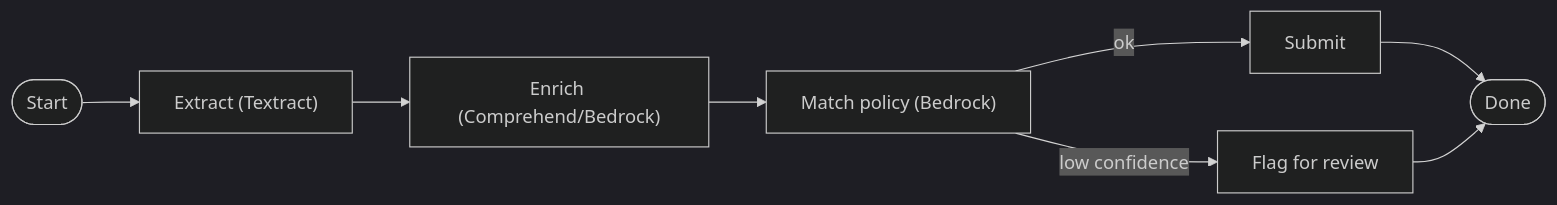
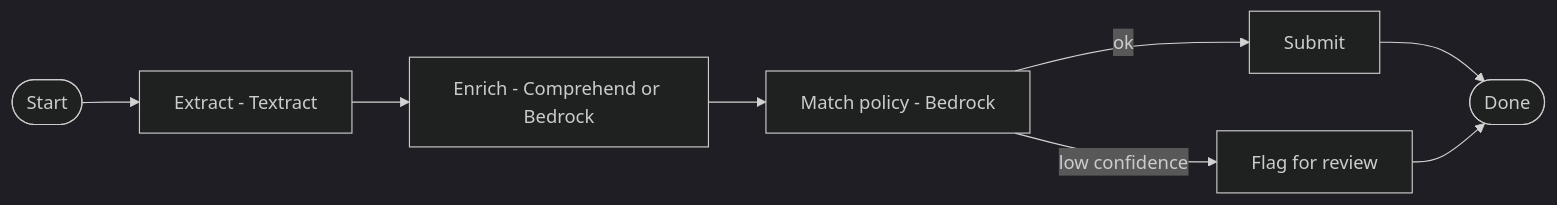
Before and after one commit to Nikorshun/autoexpense: diagram 11 of 23 in docs/AWS-SERVICES.md, drawn with Mermaid (dark theme). The commit also changed other lines of this file and 3 other files, not shown here.

First line of the commit message:
Make all docs Mermaid diagrams GitHub-safe

````diff
--- a/docs/AWS-SERVICES.md
+++ b/docs/AWS-SERVICES.md
@@ -230,10 +230,10 @@
 ```mermaid
 flowchart LR
-    Start([Start]) --> Ex["Extract (Textract)"]
-    Ex --> En["Enrich (Comprehend/Bedrock)"]
-    En --> Ma["Match policy (Bedrock)"]
+    Start([Start]) --> Ex["Extract - Textract"]
+    Ex --> En["Enrich - Comprehend or Bedrock"]
+    En --> Ma["Match policy - Bedrock"]
     Ma -->|ok| Su["Submit"]
     Ma -->|low confidence| Hu["Flag for review"]
     Su --> End([Done])
     Hu --> End
 ```
````
